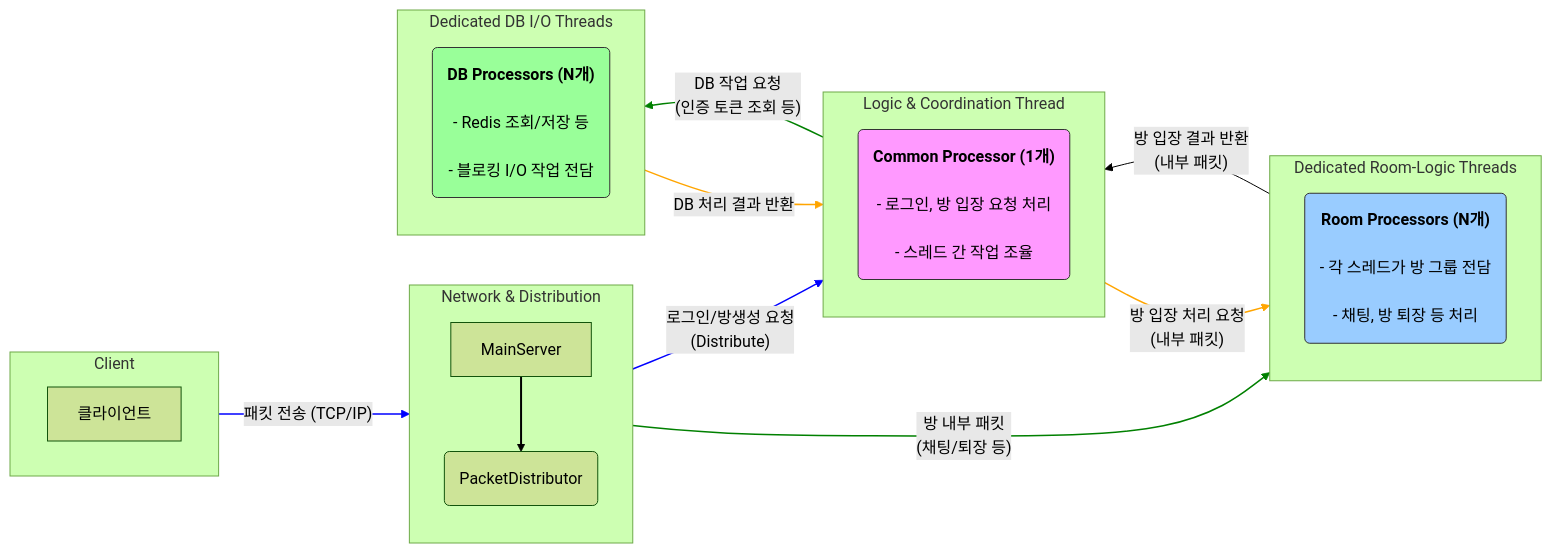
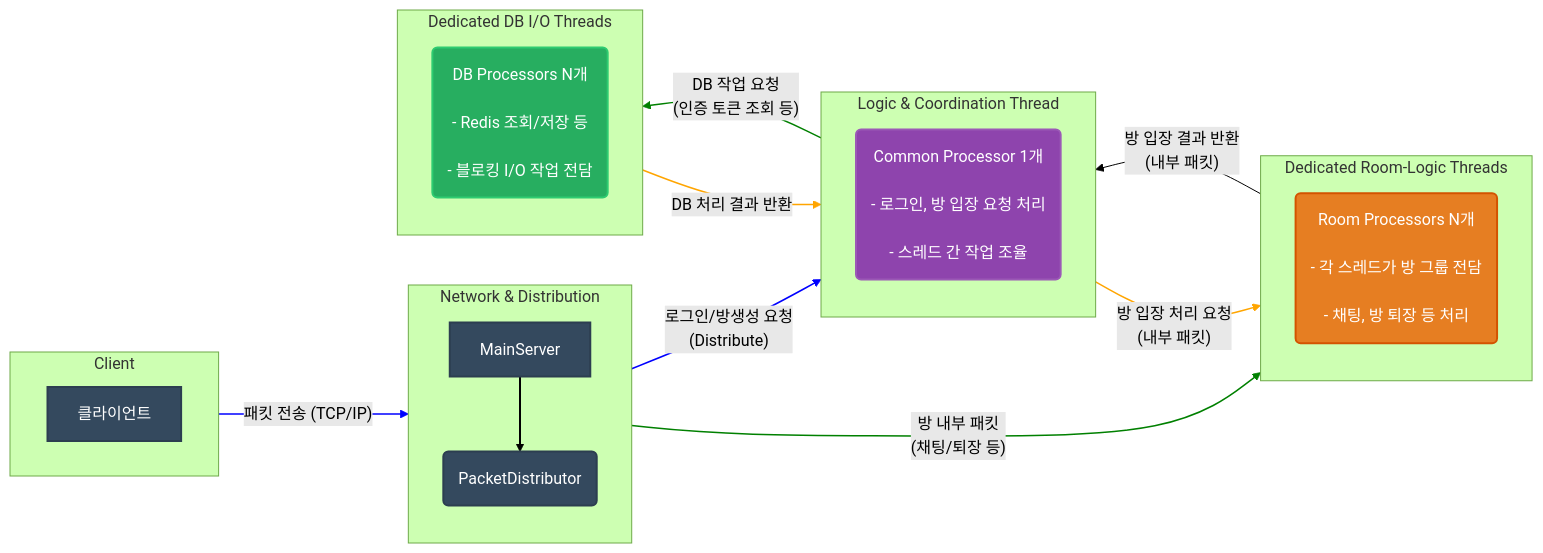
One commit to jacking75/programming-books-with-ai changed the fifth of 9 diagrams in SuperSocketLite를_이용한_CSharp_게임_서버_프로그래밍/Chapter04.md. Above: the diagram before and after it, drawn with Mermaid (forest theme). The commit also changed other lines of this file and 1 other file, not shown here.

````diff
--- a/SuperSocketLite를_이용한_CSharp_게임_서버_프로그래밍/Chapter04.md
+++ b/SuperSocketLite를_이용한_CSharp_게임_서버_프로그래밍/Chapter04.md
@@ -309,62 +392,65 @@
 ```mermaid
 graph LR
     subgraph Client
         direction LR
         A[클라이언트]
     end
 
-    subgraph Network & Distribution
+    subgraph Network_Distribution["Network & Distribution"]
         direction TB
-        B[MainServer] --> C(PacketDistributor);
+        B[MainServer] --> C(PacketDistributor)
     end
     
-    subgraph "Logic & Coordination Thread"
+    subgraph Logic_Coordination["Logic & Coordination Thread"]
         direction TB
         D("
-            <b>Common Processor (1개)</b><br/>
+            Common Processor 1개<br/>
             - 로그인, 방 입장 요청 처리<br/>
             - 스레드 간 작업 조율
         ")
     end
 
-    subgraph "Dedicated Room-Logic Threads"
+    subgraph Dedicated_Room["Dedicated Room-Logic Threads"]
         direction TB
         E("
-            <b>Room Processors (N개)</b><br/>
+            Room Processors N개<br/>
             - 각 스레드가 방 그룹 전담<br/>
             - 채팅, 방 퇴장 등 처리
         ")
     end
 
-    subgraph "Dedicated DB I/O Threads"
+    subgraph Dedicated_DB["Dedicated DB I/O Threads"]
         direction TB
         F("
-            <b>DB Processors (N개)</b><br/>
+            DB Processors N개<br/>
             - Redis 조회/저장 등<br/>
             - 블로킹 I/O 작업 전담
         ")
     end
 
-    A -- "패킷 전송 (TCP/IP)" --> B;
+    A -- "패킷 전송 (TCP/IP)" --> B
     
-    C -- "로그인/방생성 요청<br/>(Distribute)" --> D;
-    C -- "방 내부 패킷<br/>(채팅/퇴장 등)" --> E;
+    C -- "로그인/방생성 요청<br/>(Distribute)" --> D
+    C -- "방 내부 패킷<br/>(채팅/퇴장 등)" --> E
     
-    D -- "DB 작업 요청<br/>(인증 토큰 조회 등)" --> F;
-    F -- "DB 처리 결과 반환" --> D;
+    D -- "DB 작업 요청<br/>(인증 토큰 조회 등)" --> F
+    F -- "DB 처리 결과 반환" --> D
     
-    D -- "방 입장 처리 요청<br/>(내부 패킷)" --> E;
-    E -- "방 입장 결과 반환<br/>(내부 패킷)" --> D;
+    D -- "방 입장 처리 요청<br/>(내부 패킷)" --> E
+    E -- "방 입장 결과 반환<br/>(내부 패킷)" --> D
 
-    linkStyle 0 stroke-width:2px,fill:none,stroke:black;
-    linkStyle 1 stroke-width:1.5px,fill:none,stroke:blue;
-    linkStyle 2 stroke-width:1.5px,fill:none,stroke:blue;
-    linkStyle 3 stroke-width:1.5px,fill:none,stroke:green;
-    linkStyle 4 stroke-width:1.5px,fill:none,stroke:green;
-    linkStyle 5 stroke-width:1.5px,fill:none,stroke:orange;
-    linkStyle 6 stroke-width:1.5px,fill:none,stroke:orange;
+    linkStyle 0 stroke-width:2px,fill:none,stroke:black
+    linkStyle 1 stroke-width:1.5px,fill:none,stroke:blue
+    linkStyle 2 stroke-width:1.5px,fill:none,stroke:blue
+    linkStyle 3 stroke-width:1.5px,fill:none,stroke:green
+    linkStyle 4 stroke-width:1.5px,fill:none,stroke:green
+    linkStyle 5 stroke-width:1.5px,fill:none,stroke:orange
+    linkStyle 6 stroke-width:1.5px,fill:none,stroke:orange
 
-    style D fill:#f9f,stroke:#333
-    style E fill:#9cf,stroke:#333
-    style F fill:#9f9,stroke:#333
+    style A fill:#34495e,stroke:#2c3e50,stroke-width:2px,color:#fff
+    style B fill:#34495e,stroke:#2c3e50,stroke-width:2px,color:#fff
+    style C fill:#34495e,stroke:#2c3e50,stroke-width:2px,color:#fff
+    style D fill:#8e44ad,stroke:#9b59b6,stroke-width:2px,color:#fff
+    style E fill:#e67e22,stroke:#d35400,stroke-width:2px,color:#fff
+    style F fill:#27ae60,stroke:#2ecc71,stroke-width:2px,color:#fff
 ```
````
